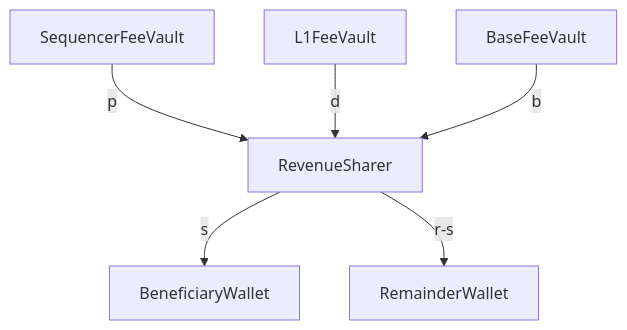
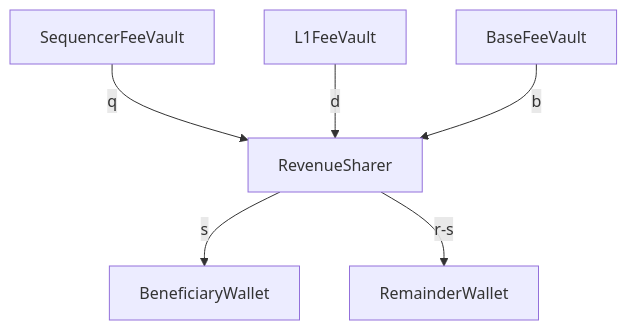
Before and after one commit to ethereum-optimism/specs: the diagram in specs/protocol/revenue-sharing.md, drawn with Mermaid. The commit also changed other lines of this file, not shown here.

````diff
--- a/specs/protocol/revenue-sharing.md
+++ b/specs/protocol/revenue-sharing.md
@@ -76,14 +76,14 @@
 ```mermaid
    flowchart TD
    SequencerFeeVault
    BaseFeeVault
    L1FeeVault
    BeneficiaryWallet
    RemainderWallet
    RevenueSharer
-   SequencerFeeVault-->|p|RevenueSharer
+   SequencerFeeVault-->|q|RevenueSharer
    L1FeeVault-->|d|RevenueSharer
    BaseFeeVault-->|b|RevenueSharer
    RevenueSharer-->|s|BeneficiaryWallet
    RevenueSharer-->|r-s|RemainderWallet
 ```
````
